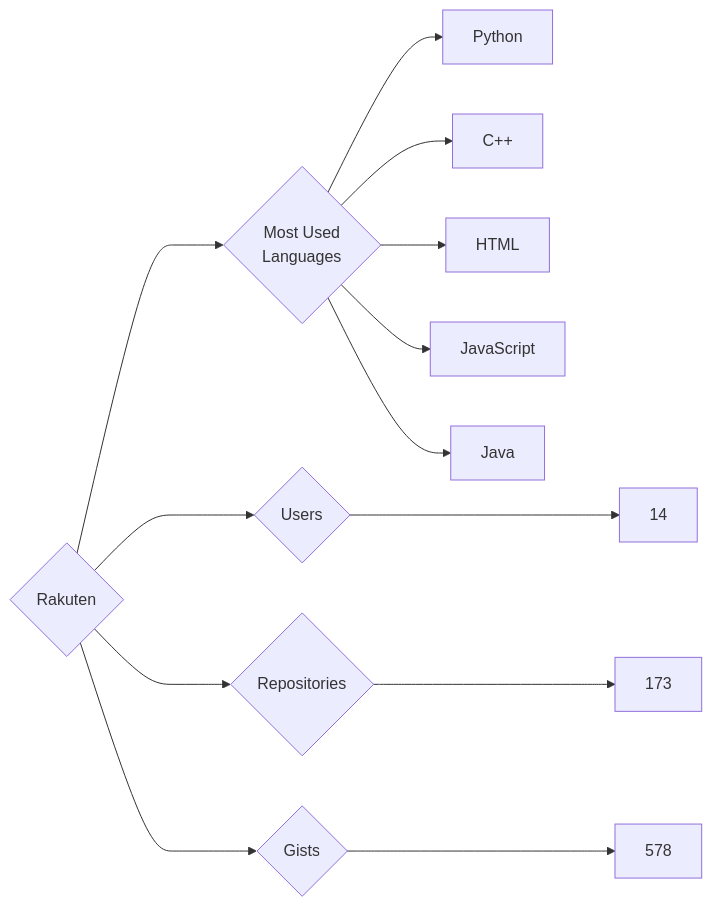
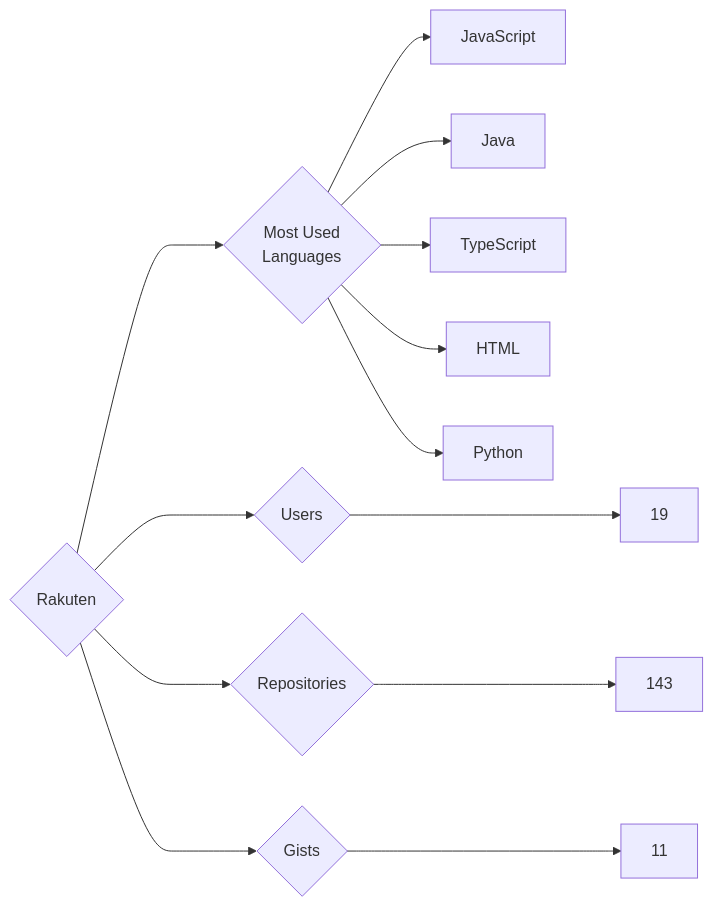
One commit to trickest/insiders changed the diagram in targets/Rakuten/README.md. Above: the diagram before and after it, drawn with Mermaid. The commit also changed 870 other files, not shown here.

````diff
--- a/targets/Rakuten/README.md
+++ b/targets/Rakuten/README.md
@@ -3,13 +3,13 @@
 ```mermaid
 graph LR
 COMPANY_NAME{Rakuten}
-COMPANY_NAME ---> U{Users} ---> UN[14]
-COMPANY_NAME ---> R{Repositories} ---> RN[173]
-COMPANY_NAME ---> G{Gists} ---> GN[578]
+COMPANY_NAME ---> U{Users} ---> UN[19]
+COMPANY_NAME ---> R{Repositories} ---> RN[143]
+COMPANY_NAME ---> G{Gists} ---> GN[11]
 COMPANY_NAME ---> ML{Most Used<br>Languages}
-ML --> Python[Python]
-ML --> C++[C++]
-ML --> HTML[HTML]
 ML --> JavaScript[JavaScript]
 ML --> Java[Java]
+ML --> TypeScript[TypeScript]
+ML --> HTML[HTML]
+ML --> Python[Python]
 ```
````
